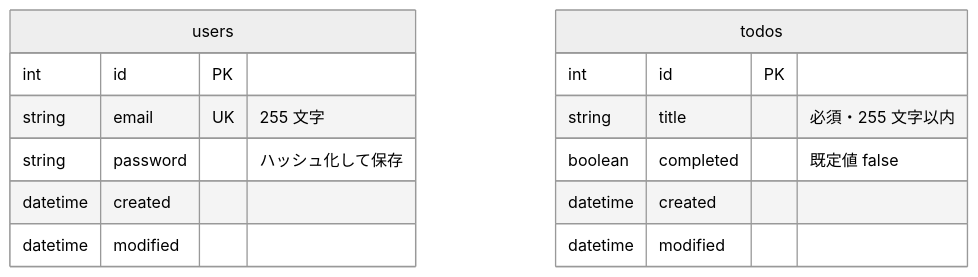
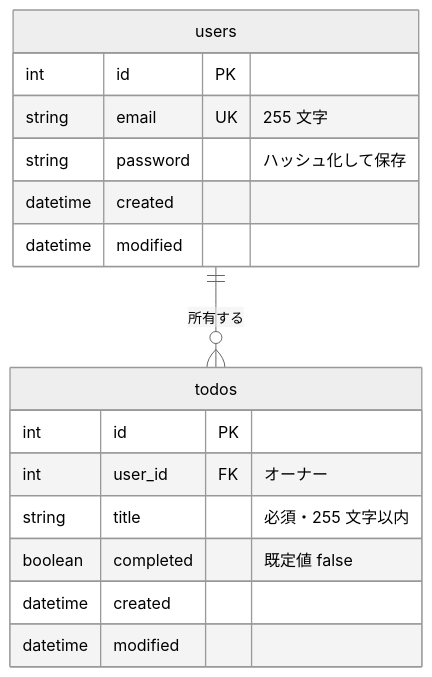
Before and after one commit to moritam/cakephp-test: the seventh of 9 diagrams in docs/ARCHITECTURE.md, drawn with Mermaid (neutral theme). The commit also changed other lines of this file and 11 other files, not shown here.

First line of the commit message:
Scope todos to their owner user

````diff
--- a/docs/ARCHITECTURE.md
+++ b/docs/ARCHITECTURE.md
@@ -209,18 +209,21 @@
 ```mermaid
 erDiagram
     users {
         int id PK
         string email UK "255 文字"
         string password "ハッシュ化して保存"
         datetime created
         datetime modified
     }
 
     todos {
         int id PK
+        int user_id FK "オーナー"
         string title "必須・255 文字以内"
         boolean completed "既定値 false"
         datetime created
         datetime modified
     }
+
+    users ||--o{ todos : "所有する"
 ```
````
